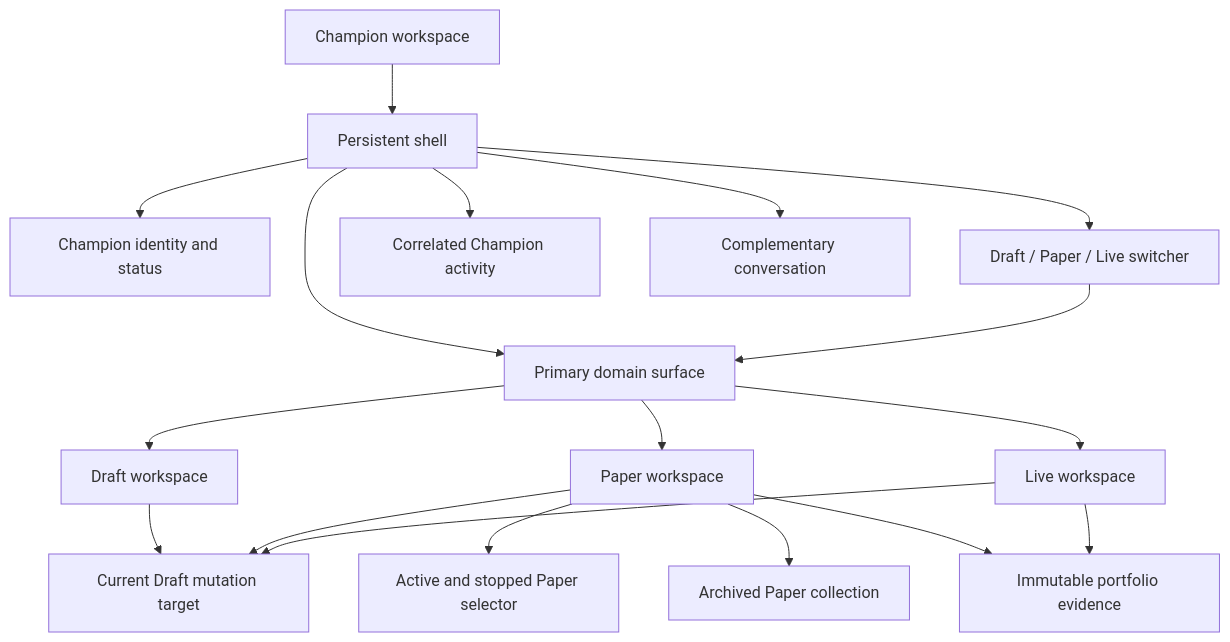
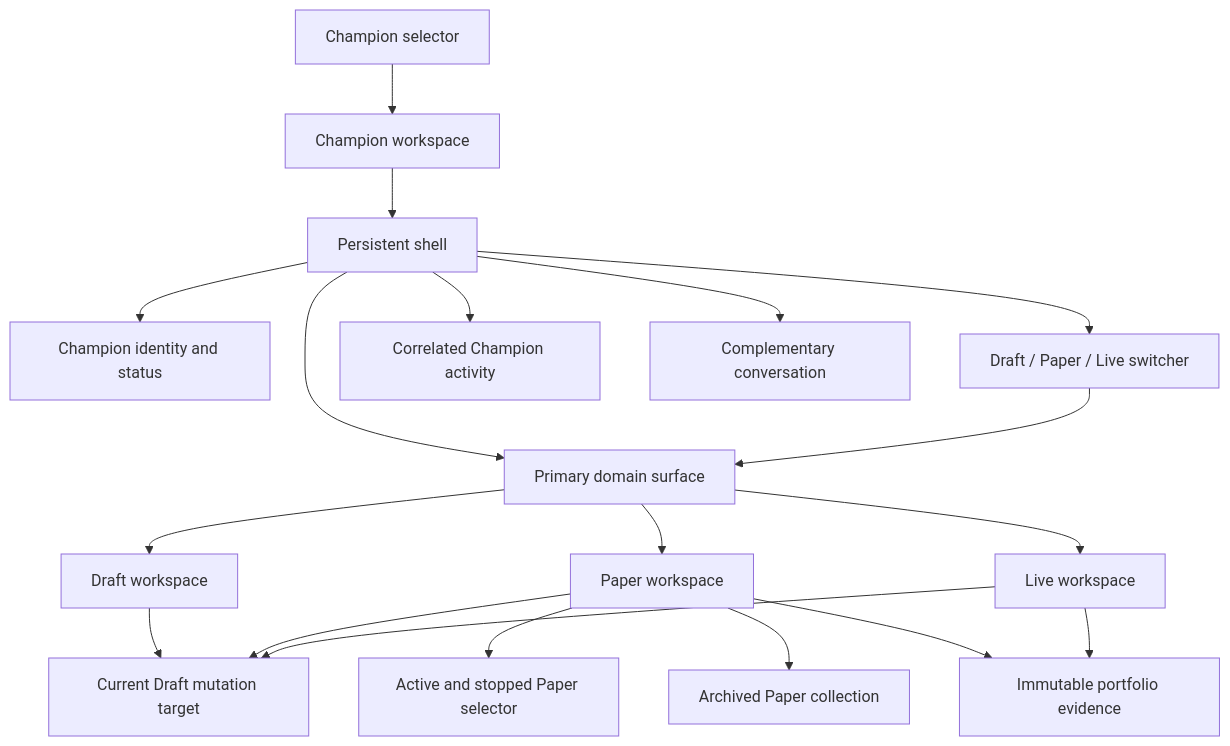
The diagram in docs/information-architecture.md (moosefroggo/vantheon-architecture), drawn with Mermaid before and after one commit. The commit also changed other lines of this file and 19 other files, not shown here.

````diff
--- a/docs/information-architecture.md
+++ b/docs/information-architecture.md
@@ -21,20 +21,21 @@
 ```mermaid
 flowchart TB
-    W[Champion workspace] --> S[Persistent shell]
+    CS[Champion selector] --> W[Champion workspace]
+    W --> S[Persistent shell]
     S --> I[Champion identity and status]
     S --> N[Draft / Paper / Live switcher]
     S --> M[Primary domain surface]
     S --> A[Correlated Champion activity]
     S --> C[Complementary conversation]
     M --> D[Draft workspace]
     M --> P[Paper workspace]
     M --> L[Live workspace]
     N --> M
     D --> T[Current Draft mutation target]
     P --> T
     L --> T
     P --> PS[Active and stopped Paper selector]
     P --> AR[Archived Paper collection]
     P --> E[Immutable portfolio evidence]
     L --> E
 ```
````
